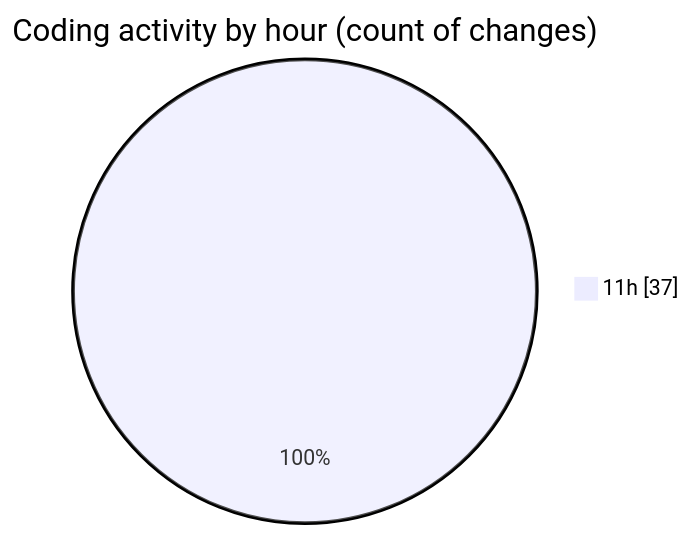
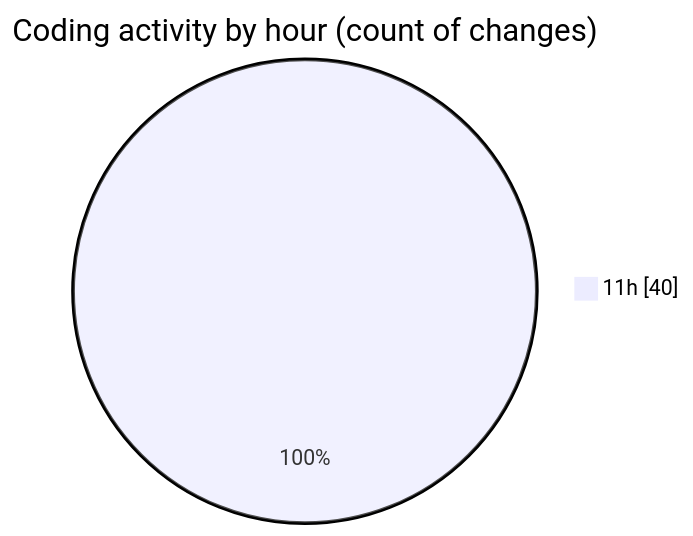
Before and after one commit to robertbonfada/code-tracking: the second of 2 diagrams in 2025-03-17/audiobooks-web/README.md, drawn with Mermaid. The commit also changed other lines of this file and 1 other file, not shown here.

````diff
--- a/2025-03-17/audiobooks-web/README.md
+++ b/2025-03-17/audiobooks-web/README.md
@@ -32,5 +32,5 @@
 ```mermaid
 pie showData
 title Coding activity by hour (count of changes)
-"11h" : 37
+"11h" : 40
 ```
````
